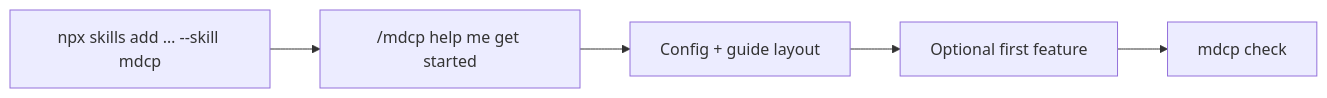
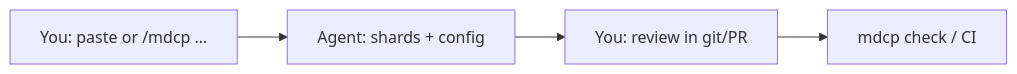
Before and after one commit to betsalel-williamson/mdcp: the first of 2 diagrams in docs/repo-readme/mdcp-101.md, drawn with Mermaid. The commit also changed other lines of this file, not shown here.

First line of the commit message:
docs(repo-readme): rewrite MDCP 101 for agent-first learners

````diff
--- a/docs/repo-readme/mdcp-101.md
+++ b/docs/repo-readme/mdcp-101.md
@@ -43,7 +18,6 @@
 ```mermaid
 flowchart LR
-  install["npx skills add … --skill mdcp"] --> bootstrap["/mdcp help me get started"]
-  bootstrap --> layout["Config + guide layout"]
-  layout --> first["Optional first feature"]
-  first --> check["mdcp check"]
+  you["You: paste or /mdcp …"] --> agent["Agent: shards + config"]
+  agent --> review["You: review in git/PR"]
+  review --> gate["mdcp check / CI"]
 ```
````
